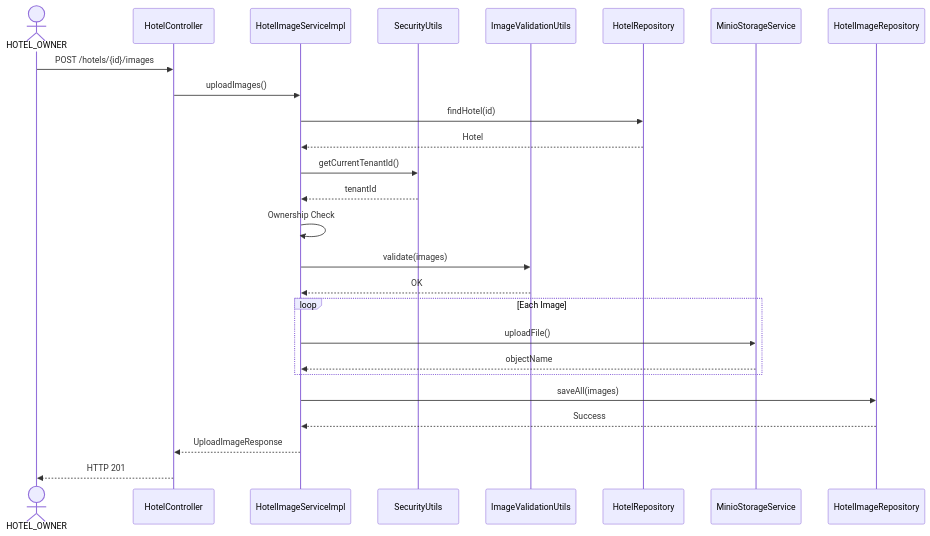
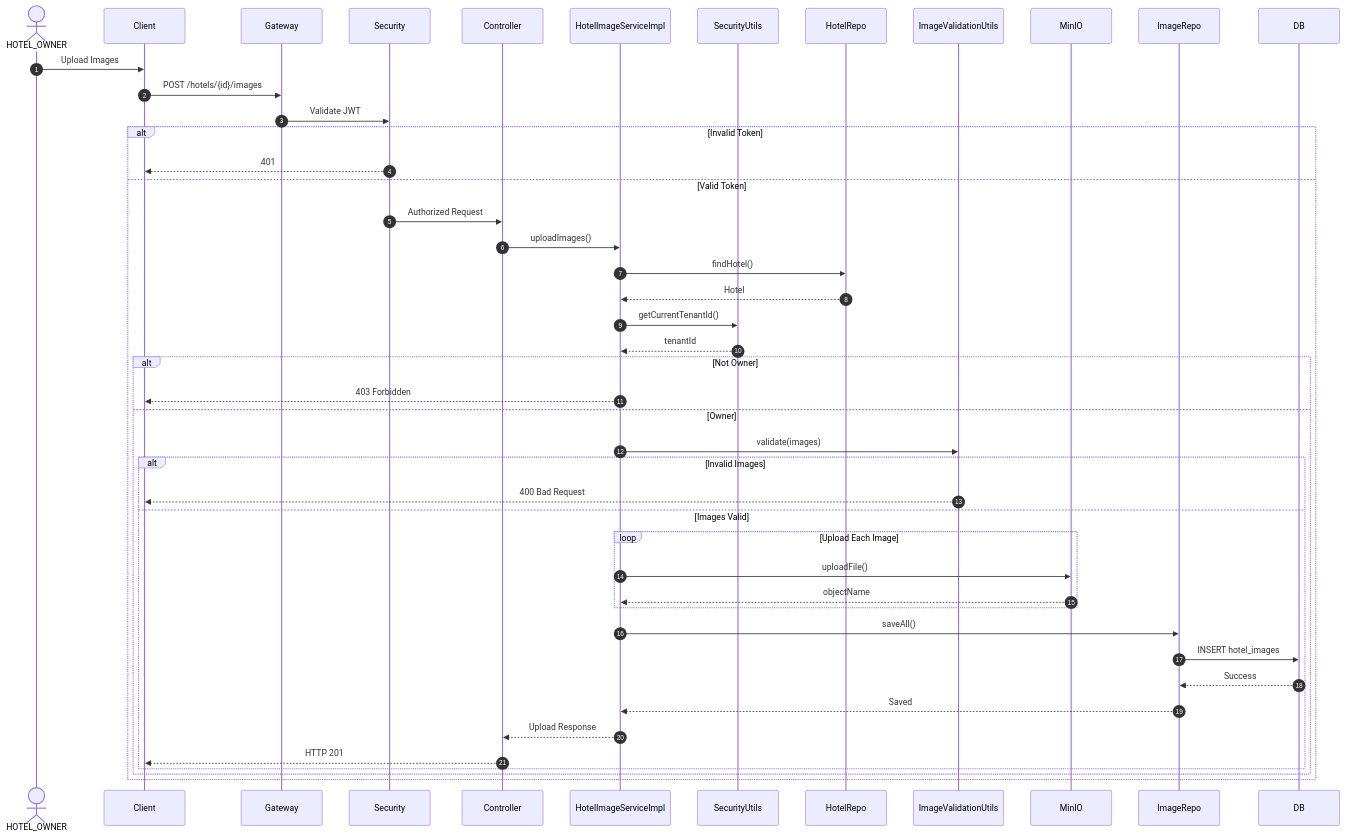
The seventh of 9 diagrams in docs/ad_hotel_service.md (dqminh2411/hotel-booking-system), drawn with Mermaid before and after one commit. The commit also changed other lines of this file, not shown here.

````diff
--- a/docs/ad_hotel_service.md
+++ b/docs/ad_hotel_service.md
@@ -568,43 +602,82 @@
 ```mermaid
 sequenceDiagram
+    autonumber
+
     actor Owner as HOTEL_OWNER
 
-    participant Controller as HotelController
+    participant Client
+    participant Gateway
+    participant Security
+    participant Controller
     participant Service as HotelImageServiceImpl
-    participant Security as SecurityUtils
+    participant Utils as SecurityUtils
+    participant HotelRepo
     participant Validator as ImageValidationUtils
-    participant HotelRepo as HotelRepository
-    participant MinIO as MinioStorageService
-    participant DB as HotelImageRepository
+    participant MinIO
+    participant ImageRepo
+    participant DB
 
-    Owner->>Controller: POST /hotels/{id}/images
+    Owner->>Client: Upload Images
 
-    Controller->>Service: uploadImages()
+    Client->>Gateway: POST /hotels/{id}/images
 
-    Service->>HotelRepo: findHotel(id)
+    Gateway->>Security: Validate JWT
 
-    HotelRepo-->>Service: Hotel
+    alt Invalid Token
 
-    Service->>Security: getCurrentTenantId()
+        Security-->>Client: 401
 
-    Security-->>Service: tenantId
+    else Valid Token
 
-    Service->>Service: Ownership Check
+        Security->>Controller: Authorized Request
 
-    Service->>Validator: validate(images)
+        Controller->>Service: uploadImages()
 
-    Validator-->>Service: OK
+        Service->>HotelRepo: findHotel()
 
-    loop Each Image
-        Service->>MinIO: uploadFile()
-        MinIO-->>Service: objectName
+        HotelRepo-->>Service: Hotel
+
+        Service->>Utils: getCurrentTenantId()
+
+        Utils-->>Service: tenantId
+
+        alt Not Owner
+
+            Service-->>Client: 403 Forbidden
+
+        else Owner
+
+            Service->>Validator: validate(images)
+
+            alt Invalid Images
+
+                Validator-->>Client: 400 Bad Request
+
+            else Images Valid
+
+                loop Upload Each Image
+
+                    Service->>MinIO: uploadFile()
+
+                    MinIO-->>Service: objectName
+
+                end
+
+                Service->>ImageRepo: saveAll()
+
+                ImageRepo->>DB: INSERT hotel_images
+
+                DB-->>ImageRepo: Success
+
+                ImageRepo-->>Service: Saved
+
+                Service-->>Controller: Upload Response
+
+                Controller-->>Client: HTTP 201
+
+            end
+
+        end
+
     end
-
-    Service->>DB: saveAll(images)
-
-    DB-->>Service: Success
-
-    Service-->>Controller: UploadImageResponse
-
-    Controller-->>Owner: HTTP 201
 ```
````
